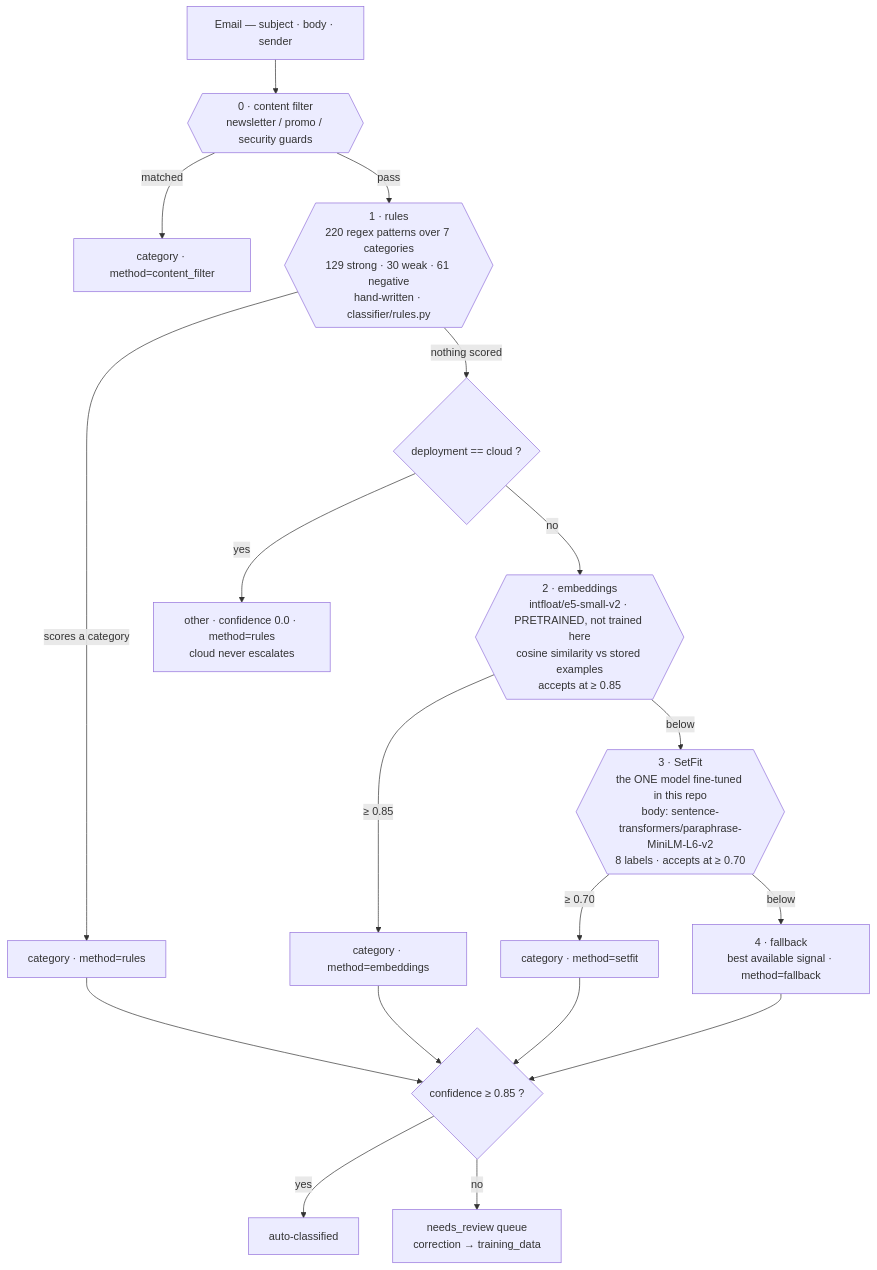
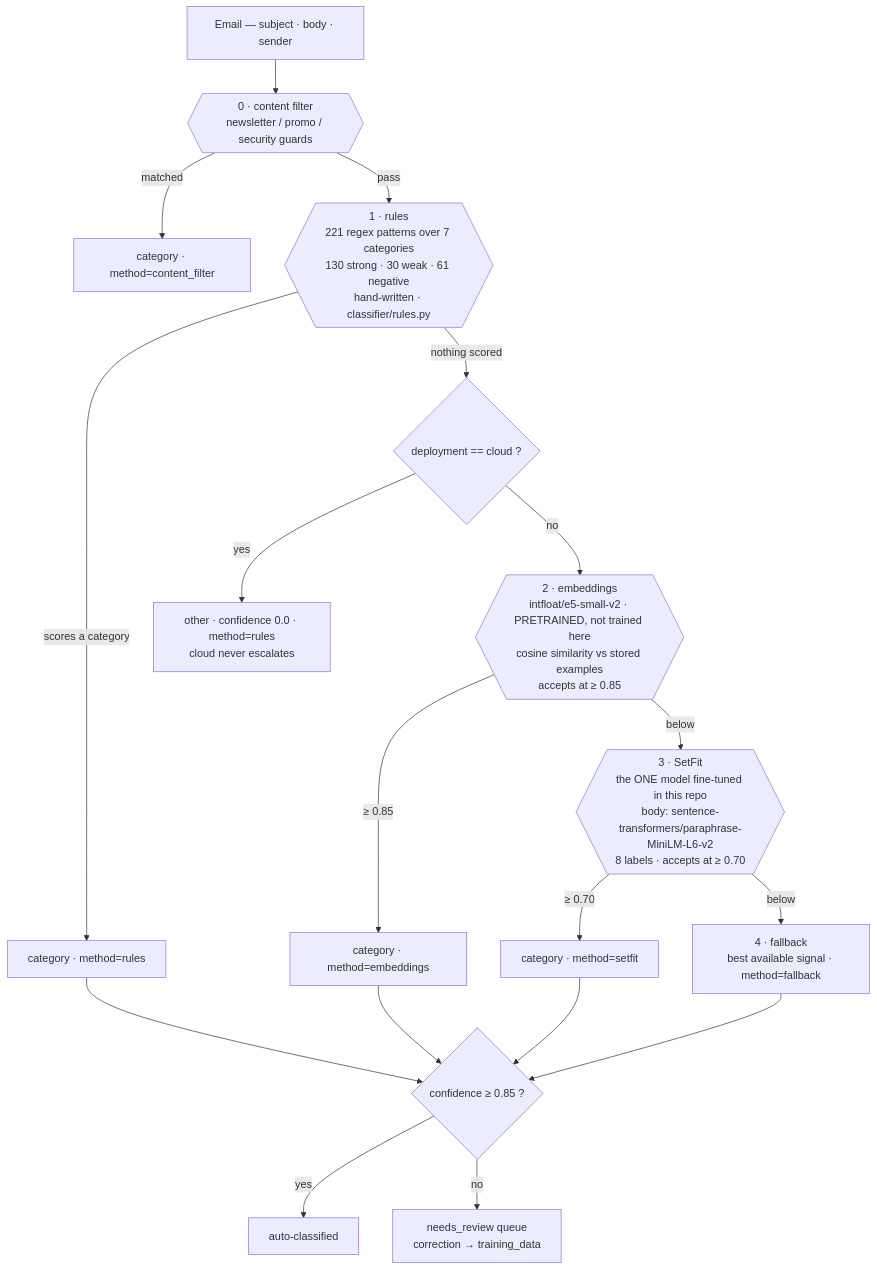
The first of 3 diagrams in README.md (BARC1999/applied-ai), drawn with Mermaid before and after one commit. The commit also changed other lines of this file and 13 other files, not shown here.

````diff
--- a/README.md
+++ b/README.md
@@ -60,32 +60,32 @@
 ```mermaid
 flowchart TB
     In["Email — subject · body · sender"] --> CF
 
     CF{{"0 · content filter<br/>newsletter / promo / security guards"}}
     CF -->|"matched"| Out1["category · method=content_filter"]
     CF -->|"pass"| R
 
-    R{{"1 · rules<br/>220 regex patterns over 7 categories<br/>129 strong · 30 weak · 61 negative<br/>hand-written · classifier/rules.py"}}
+    R{{"1 · rules<br/>221 regex patterns over 7 categories<br/>130 strong · 30 weak · 61 negative<br/>hand-written · classifier/rules.py"}}
     R -->|"scores a category"| Out2["category · method=rules"]
     R -->|"nothing scored"| CLOUD
 
     CLOUD{"deployment == cloud ?"}
     CLOUD -->|"yes"| Out3["other · confidence 0.0 · method=rules<br/>cloud never escalates"]
     CLOUD -->|"no"| E
 
     E{{"2 · embeddings<br/>intfloat/e5-small-v2 · PRETRAINED, not trained here<br/>cosine similarity vs stored examples<br/>accepts at ≥ 0.85"}}
     E -->|"≥ 0.85"| Out4["category · method=embeddings"]
     E -->|"below"| S
 
     S{{"3 · SetFit<br/>the ONE model fine-tuned in this repo<br/>body: sentence-transformers/paraphrase-MiniLM-L6-v2<br/>8 labels · accepts at ≥ 0.70"}}
     S -->|"≥ 0.70"| Out5["category · method=setfit"]
     S -->|"below"| F["4 · fallback<br/>best available signal · method=fallback"]
 
     Out2 --> G
     Out4 --> G
     Out5 --> G
     F --> G
     G{"confidence ≥ 0.85 ?"}
     G -->|"yes"| Auto["auto-classified"]
     G -->|"no"| Review["needs_review queue<br/>correction → training_data"]
 ```
````
